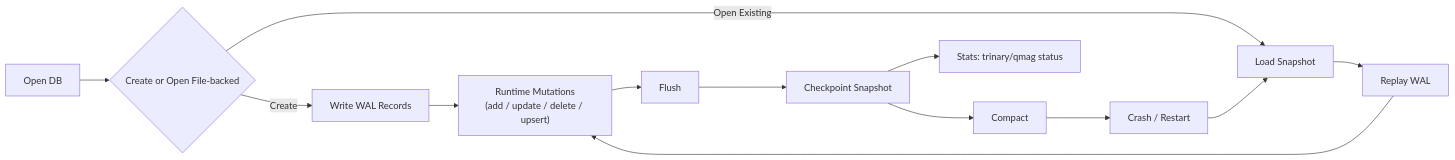
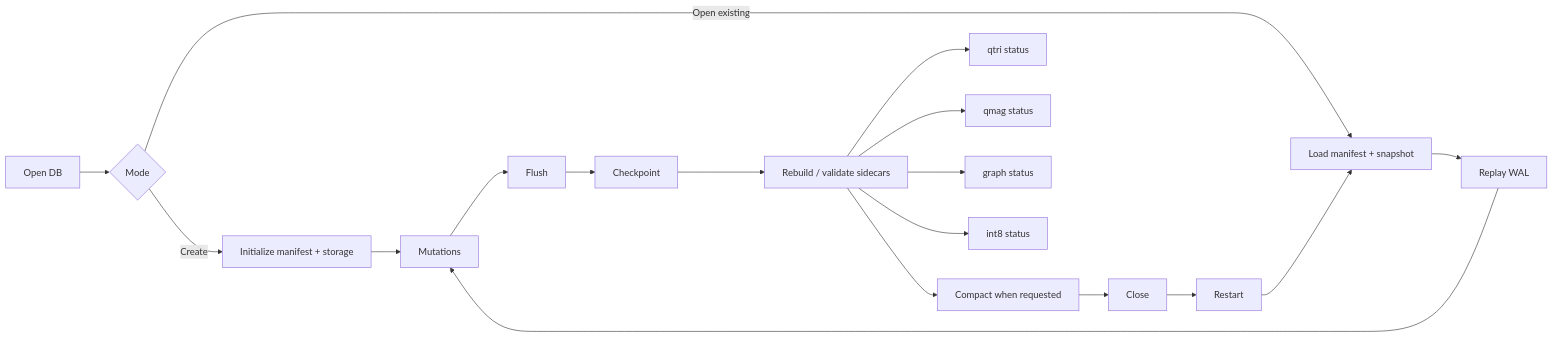
The second of 3 diagrams in README.md (SWORDIntel/QIHSE), drawn with Mermaid before and after one commit. The commit also changed other lines of this file, not shown here.

````diff
--- a/README.md
+++ b/README.md
@@ -147,15 +189,21 @@
 ```mermaid
 flowchart LR
-    A[Open DB] --> B{Create or Open File-backed}
-    B -->|Create| C["Write WAL Records"]
-    B -->|Open Existing| D["Load Snapshot"]
-    D --> E["Replay WAL"]
-    C --> F["Runtime Mutations<br/>(add / update / delete / upsert)"]
+    A[Open DB] --> B{Mode}
+    B -->|Create| C[Initialize manifest + storage]
+    B -->|Open existing| D[Load manifest + snapshot]
+    D --> E[Replay WAL]
+    C --> F[Mutations]
     E --> F
-    F --> G["Flush"]
-    G --> H["Checkpoint Snapshot"]
-    H --> I["Compact"]
-    H --> J["Stats: trinary/qmag status"]
-    I --> K["Crash / Restart"]
-    K --> D
+    F --> G[Flush]
+    G --> H[Checkpoint]
+    H --> I[Rebuild / validate sidecars]
+    I --> J[Compact when requested]
+    J --> K[Close]
+    K --> L[Restart]
+    L --> D
+
+    I --> S1[qtri status]
+    I --> S2[qmag status]
+    I --> S3[graph status]
+    I --> S4[int8 status]
 ```
````
